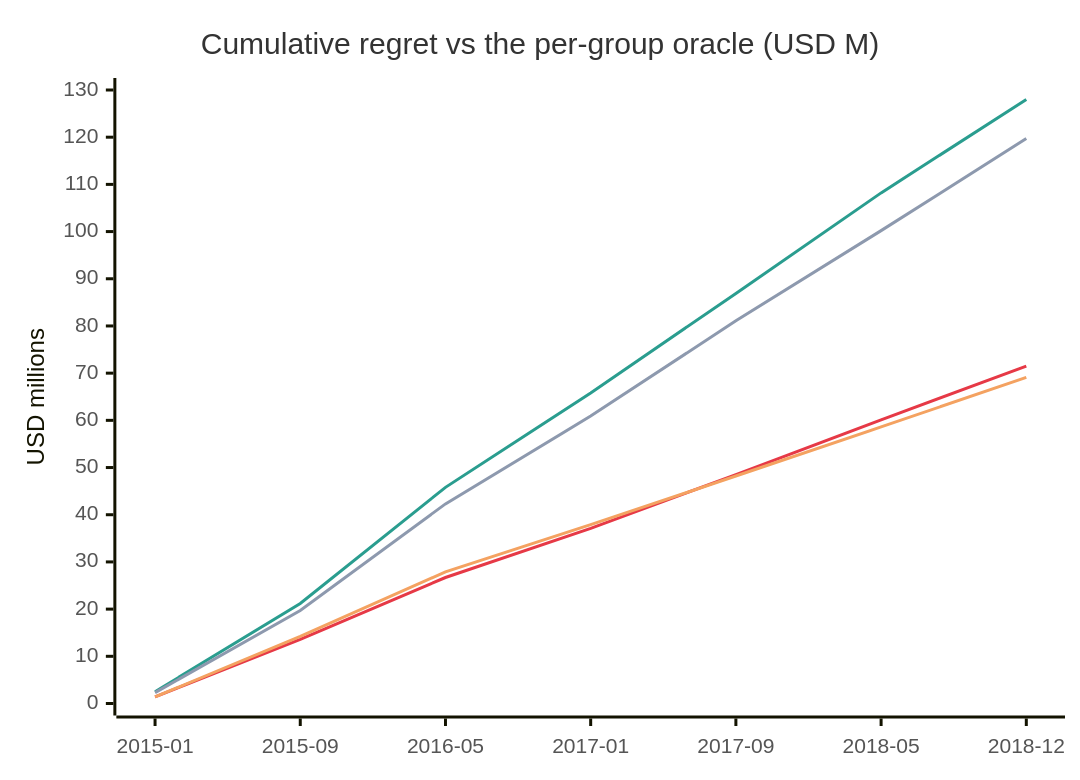
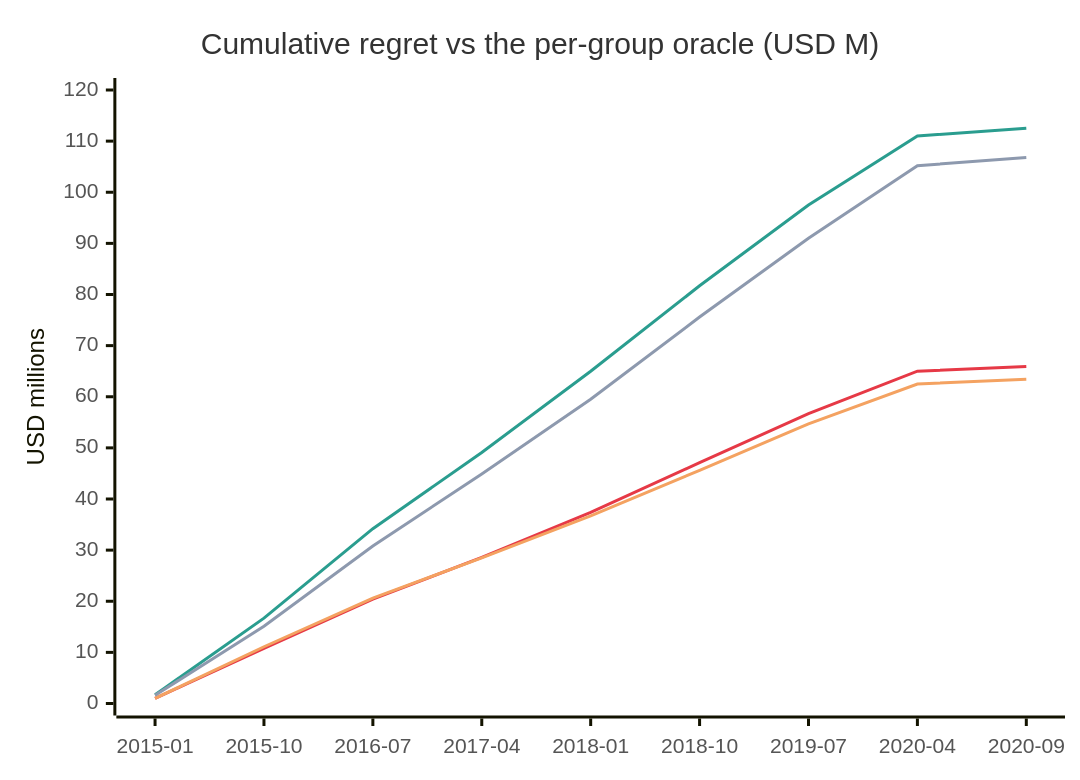
The third of 11 diagrams in README.md (mistiusiu/bayesian-credit), drawn with Mermaid before and after one commit. The commit also changed other lines of this file and 1 other file, not shown here.

````diff
--- a/README.md
+++ b/README.md
@@ -95,11 +95,11 @@
 ```mermaid
 %%{init: {"theme": "base", "themeVariables": {"xyChart": {"plotColorPalette": "#e63946, #f4a261, #2a9d8f, #8d99ae, #1d3557", "titleColor": "#333", "xAxisLabelColor": "#555", "yAxisLabelColor": "#555"}}}}%%
 xychart-beta
     title "Cumulative regret vs the per-group oracle (USD M)"
-    x-axis ["2015-01","2015-09","2016-05","2017-01","2017-09","2018-05","2018-12"]
-    y-axis "USD millions" 0 --> 130
-    line [1.4, 13.6, 26.7, 37.1, 48.5, 60.1, 71.5]
-    line [1.4, 14.2, 27.9, 37.9, 48.2, 58.6, 69.1]
-    line [2.5, 21.2, 45.8, 65.8, 86.9, 108.2, 128.0]
-    line [2.3, 19.7, 42.3, 60.9, 81.1, 100.2, 119.7]
+    x-axis ["2015-01","2015-10","2016-07","2017-04","2018-01","2018-10","2019-07","2020-04","2020-09"]
+    y-axis "USD millions" 0 --> 120
+    line [1.0, 10.8, 20.4, 28.6, 37.4, 47.1, 56.7, 65.0, 65.9]
+    line [1.0, 11.1, 20.6, 28.5, 36.7, 45.6, 54.7, 62.5, 63.4]
+    line [1.7, 16.7, 34.2, 49.1, 65.0, 81.7, 97.5, 111.0, 112.5]
+    line [1.6, 15.1, 30.8, 44.9, 59.5, 75.6, 91.0, 105.2, 106.8]
 ```
````
